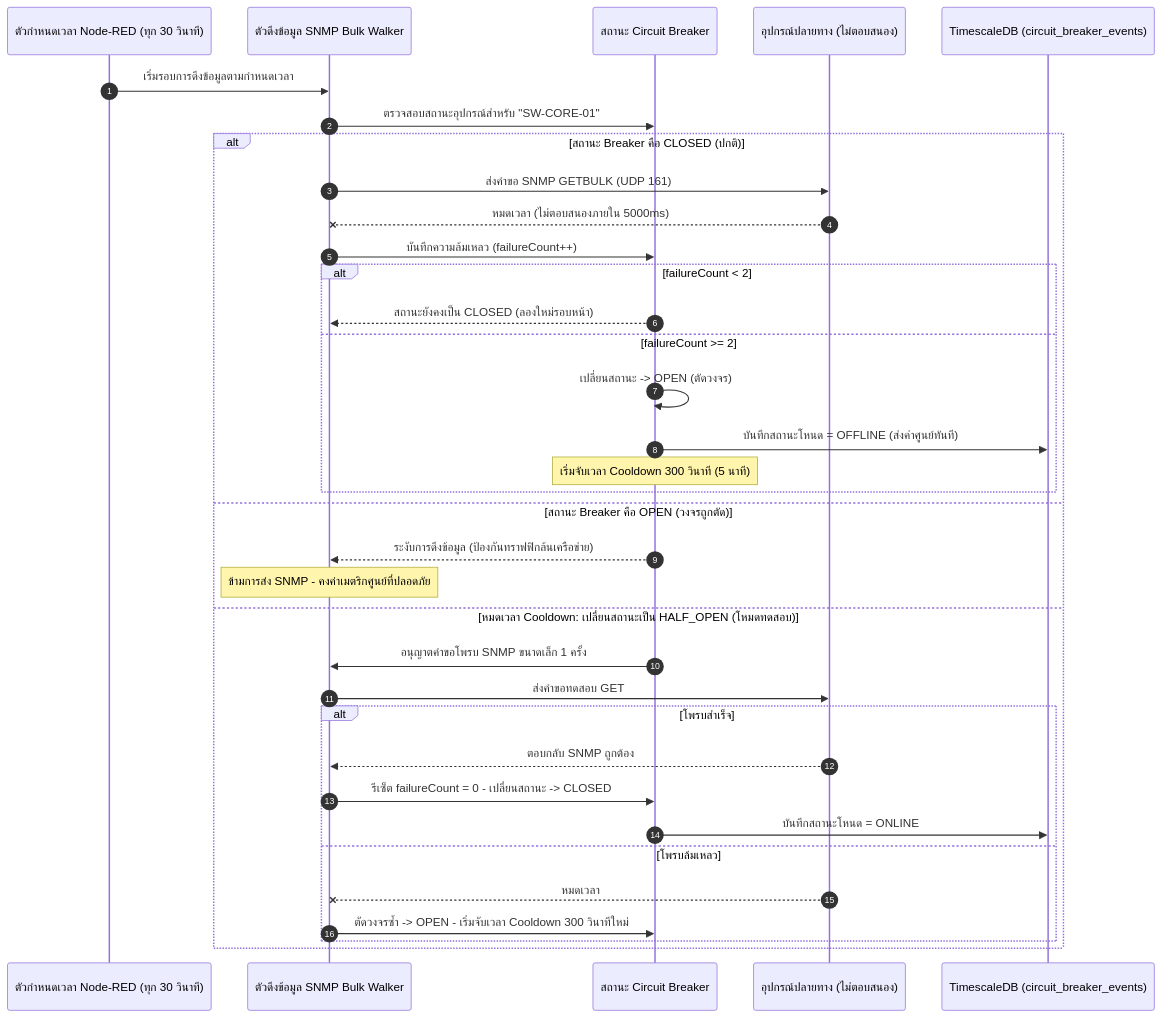
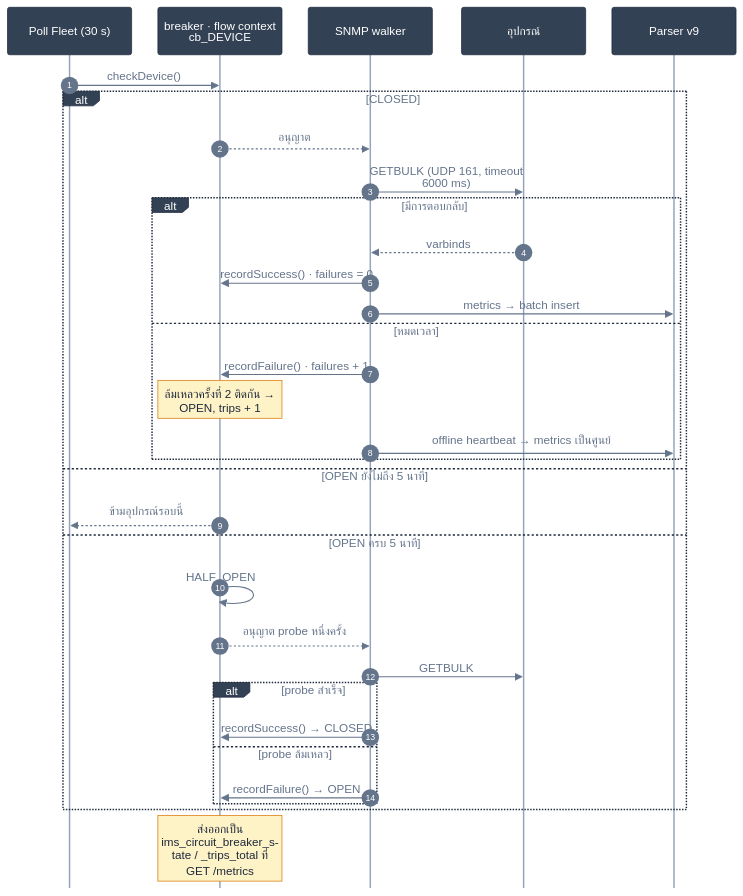
The sixth of 8 diagrams in th/docs/architecture/ARCHITECTURE_DIAGRAM.md (PATTANAKORN025/IMS), drawn with Mermaid before and after one commit. The commit also changed other lines of this file and 84 other files, not shown here.

First line of the commit message:
docs(diagrams): one verified, accessible standard for every Mermaid diagram

````diff
--- a/th/docs/architecture/ARCHITECTURE_DIAGRAM.md
+++ b/th/docs/architecture/ARCHITECTURE_DIAGRAM.md
@@ -295,42 +347,38 @@
 ```mermaid
+%%{init: {"flowchart": {"nodeSpacing": 20, "rankSpacing": 32, "padding": 10, "wrappingWidth": 150, "curve": "basis"}, "sequence": {"wrap": true, "width": 170, "actorMargin": 36, "boxMargin": 8, "noteMargin": 8, "messageMargin": 30, "mirrorActors": false}, "state": {"padding": 6}, "theme": "base", "themeVariables": {"fontFamily": "Inter, Segoe UI, Helvetica, Arial, sans-serif", "fontSize": "14px", "primaryColor": "#334155", "primaryTextColor": "#ffffff", "primaryBorderColor": "#1e293b", "lineColor": "#64748b", "textColor": "#64748b", "secondaryColor": "#475569", "tertiaryColor": "#f1f5f9", "clusterBkg": "transparent", "clusterBorder": "#94a3b8", "titleColor": "#64748b", "edgeLabelBackground": "#475569", "nodeTextColor": "#ffffff", "noteBkgColor": "#fef3c7", "noteTextColor": "#1e293b", "noteBorderColor": "#d97706", "actorBkg": "#334155", "actorTextColor": "#ffffff", "actorBorder": "#1e293b", "actorLineColor": "#94a3b8", "signalColor": "#64748b", "signalTextColor": "#64748b", "labelBoxBkgColor": "#334155", "labelBoxBorderColor": "#1e293b", "labelTextColor": "#ffffff", "loopTextColor": "#64748b", "activationBkgColor": "#e2e8f0", "sequenceNumberColor": "#ffffff", "stateLabelColor": "#ffffff", "compositeBackground": "transparent", "transitionColor": "#64748b", "transitionLabelColor": "#64748b"}}}%%
 sequenceDiagram
+  accTitle: Circuit breaker ของ SNMP
+  accDescr: การ poll ทุก 30 วินาทีตรวจ breaker ของแต่ละอุปกรณ์ที่เก็บใน flow context ของ Node-RED: ล้มเหลวติดกัน 2 ครั้งจะเปิด breaker, breaker ที่เปิดจะข้ามอุปกรณ์ และหลัง 5 นาที poll ครั้งถัดไปจะเป็น probe หนึ่งครั้งเพื่อปิดหรือเปิด breaker อีกครั้ง
   autonumber
-  participant Timer as ตัวกำหนดเวลา Node-RED (ทุก 30 วินาที)
-  participant Walker as ตัวดึงข้อมูล SNMP Bulk Walker
-  participant Breaker as สถานะ Circuit Breaker
-  participant Target as อุปกรณ์ปลายทาง (ไม่ตอบสนอง)
-  participant DB as TimescaleDB (circuit_breaker_events)
-
-  Timer->>Walker: เริ่มรอบการดึงข้อมูลตามกำหนดเวลา
-  Walker->>Breaker: ตรวจสอบสถานะอุปกรณ์สำหรับ "SW-CORE-01"
-
-  alt สถานะ Breaker คือ CLOSED (ปกติ)
-    Walker->>Target: ส่งคำขอ SNMP GETBULK (UDP 161)
-    Target--xWalker: หมดเวลา (ไม่ตอบสนองภายใน 5000ms)
-    Walker->>Breaker: บันทึกความล้มเหลว (failureCount++)
-
-    alt failureCount < 2
-      Breaker-->>Walker: สถานะยังคงเป็น CLOSED (ลองใหม่รอบหน้า)
-    else failureCount >= 2
-      Breaker->>Breaker: เปลี่ยนสถานะ -> OPEN (ตัดวงจร)
-      Breaker->>DB: บันทึกสถานะโหนด = OFFLINE (ส่งค่าศูนย์ทันที)
-      Note over Breaker: เริ่มจับเวลา Cooldown 300 วินาที (5 นาที)
+  participant T as Poll Fleet (30 s)
+  participant C as breaker · flow context cb_DEVICE
+  participant W as SNMP walker
+  participant D as อุปกรณ์
+  participant P as Parser v9
+  T->>C: checkDevice()
+  alt CLOSED
+    C-->>W: อนุญาต
+    W->>D: GETBULK (UDP 161, timeout 6000 ms)
+    alt มีการตอบกลับ
+      D-->>W: varbinds
+      W->>C: recordSuccess() · failures = 0
+      W->>P: metrics → batch insert
+    else หมดเวลา
+      W->>C: recordFailure() · failures + 1
+      Note over C: ล้มเหลวครั้งที่ 2 ติดกัน → OPEN, trips + 1
+      W->>P: offline heartbeat → metrics เป็นศูนย์
     end
-
-  else สถานะ Breaker คือ OPEN (วงจรถูกตัด)
-    Breaker-->>Walker: ระงับการดึงข้อมูล (ป้องกันทราฟฟิกล้นเครือข่าย)
-    Note over Walker: ข้ามการส่ง SNMP - คงค่าเมตริกศูนย์ที่ปลอดภัย
-
-  else หมดเวลา Cooldown: เปลี่ยนสถานะเป็น HALF_OPEN (โหมดทดสอบ)
-    Breaker->>Walker: อนุญาตคำขอโพรบ SNMP ขนาดเล็ก 1 ครั้ง
-    Walker->>Target: ส่งคำขอทดสอบ GET
-    alt โพรบสำเร็จ
-      Target-->>Walker: ตอบกลับ SNMP ถูกต้อง
-      Walker->>Breaker: รีเซ็ต failureCount = 0 - เปลี่ยนสถานะ -> CLOSED
-      Breaker->>DB: บันทึกสถานะโหนด = ONLINE
-    else โพรบล้มเหลว
-      Target--xWalker: หมดเวลา
-      Walker->>Breaker: ตัดวงจรซ้ำ -> OPEN - เริ่มจับเวลา Cooldown 300 วินาทีใหม่
+  else OPEN ยังไม่ถึง 5 นาที
+    C-->>T: ข้ามอุปกรณ์รอบนี้
+  else OPEN ครบ 5 นาที
+    C->>C: HALF_OPEN
+    C-->>W: อนุญาต probe หนึ่งครั้ง
+    W->>D: GETBULK
+    alt probe สำเร็จ
+      W->>C: recordSuccess() → CLOSED
+    else probe ล้มเหลว
+      W->>C: recordFailure() → OPEN
     end
   end
+  Note over C: ส่งออกเป็น ims_circuit_breaker_state / _trips_total ที่ GET /metrics
 ```
````
